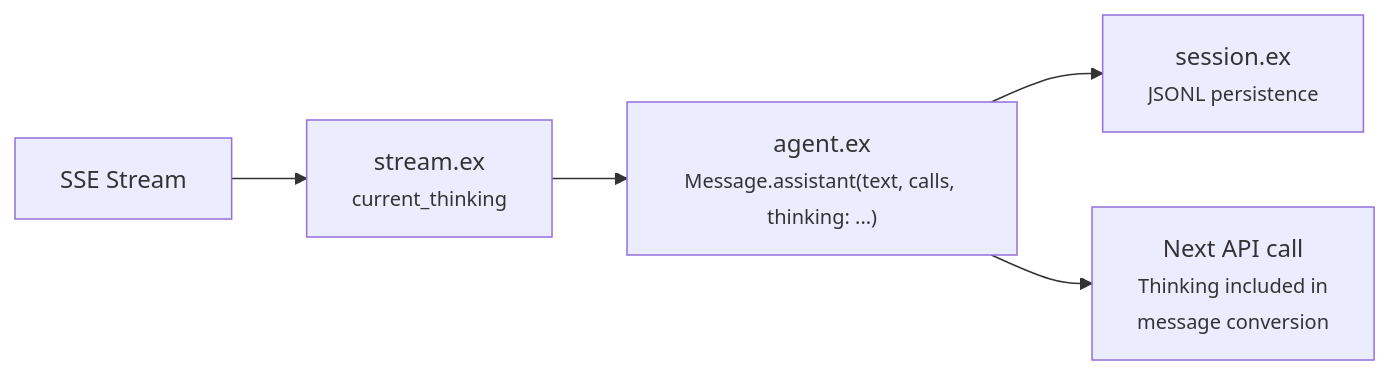
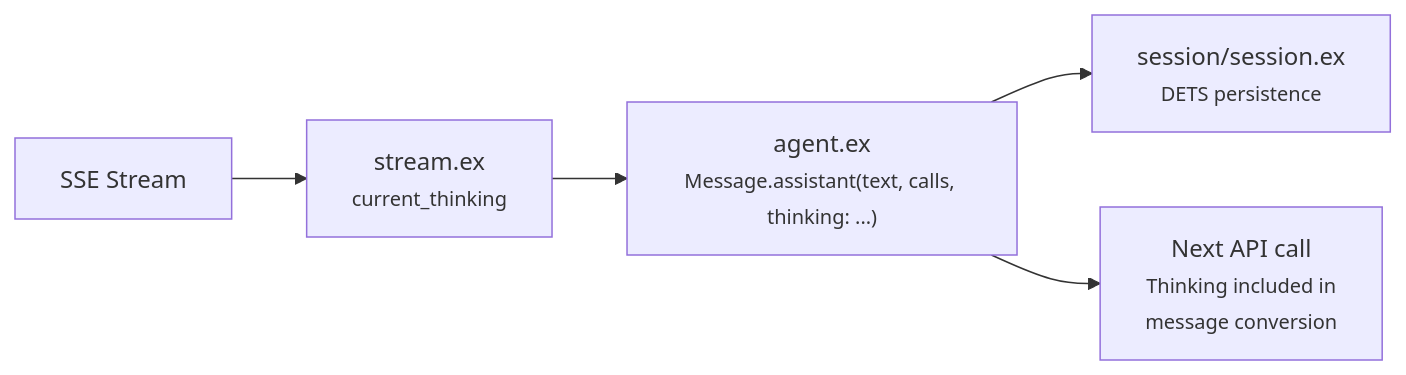
Before and after one commit to matteing/opal: the second of 2 diagrams in docs/reasoning.md, drawn with Mermaid. The commit also changed other lines of this file and 37 other files, not shown here.

````diff
--- a/docs/reasoning.md
+++ b/docs/reasoning.md
@@ -100,7 +97,7 @@
 ```mermaid
 graph LR
     Stream["SSE Stream"] --> Accumulate["stream.ex<br/><small>current_thinking</small>"]
     Accumulate --> Finalize["agent.ex<br/><small>Message.assistant(text, calls, thinking: ...)</small>"]
-    Finalize --> Session["session.ex<br/><small>JSONL persistence</small>"]
+    Finalize --> Session["session/session.ex<br/><small>DETS persistence</small>"]
     Finalize --> NextTurn["Next API call<br/><small>Thinking included in<br/>message conversion</small>"]
 ```
````
